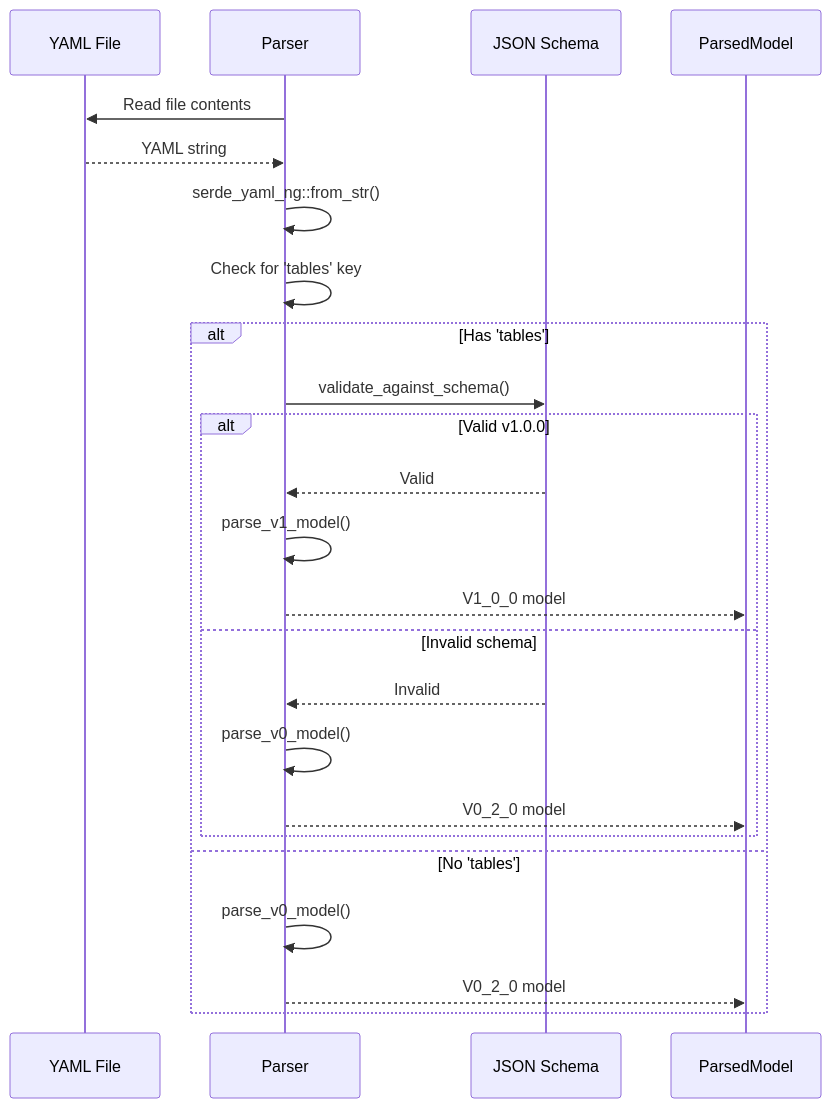
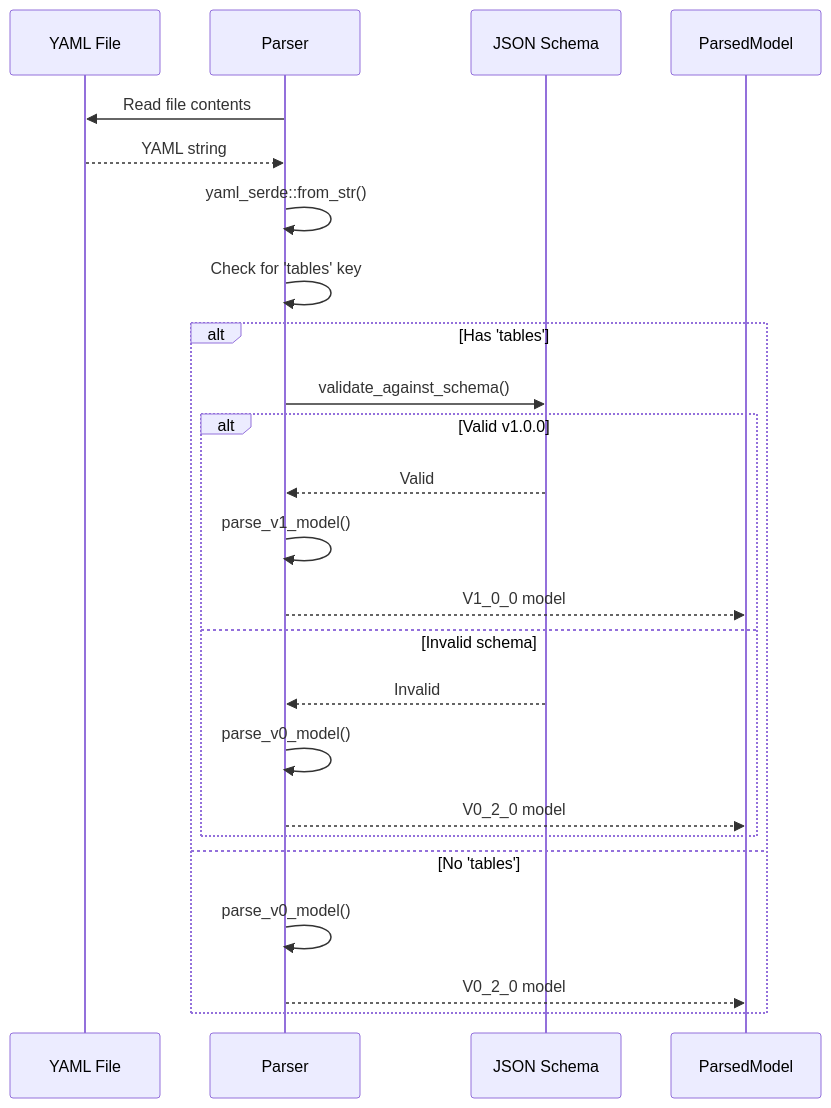
The tenth of 12 diagrams in docs/architecture/01-COMPONENT-ARCHITECTURE.md (mollendorff-ai/forge), drawn with Mermaid before and after one commit. The commit also changed other lines of this file and 29 other files, not shown here.

First line of the commit message:
Replace serde_yaml_ng with yaml_serde to drop unmaintained unsafe-libyaml

````diff
--- a/docs/architecture/01-COMPONENT-ARCHITECTURE.md
+++ b/docs/architecture/01-COMPONENT-ARCHITECTURE.md
@@ -833,27 +833,27 @@
 ```mermaid
 sequenceDiagram
     participant File as YAML File
     participant Parser
     participant Schema as JSON Schema
     participant Model as ParsedModel
 
     Parser->>File: Read file contents
     File-->>Parser: YAML string
-    Parser->>Parser: serde_yaml_ng::from_str()
+    Parser->>Parser: yaml_serde::from_str()
     Parser->>Parser: Check for 'tables' key
     alt Has 'tables'
         Parser->>Schema: validate_against_schema()
         alt Valid v1.0.0
             Schema-->>Parser: Valid
             Parser->>Parser: parse_v1_model()
             Parser-->>Model: V1_0_0 model
         else Invalid schema
             Schema-->>Parser: Invalid
             Parser->>Parser: parse_v0_model()
             Parser-->>Model: V0_2_0 model
         end
     else No 'tables'
         Parser->>Parser: parse_v0_model()
         Parser-->>Model: V0_2_0 model
     end
 ```
````
